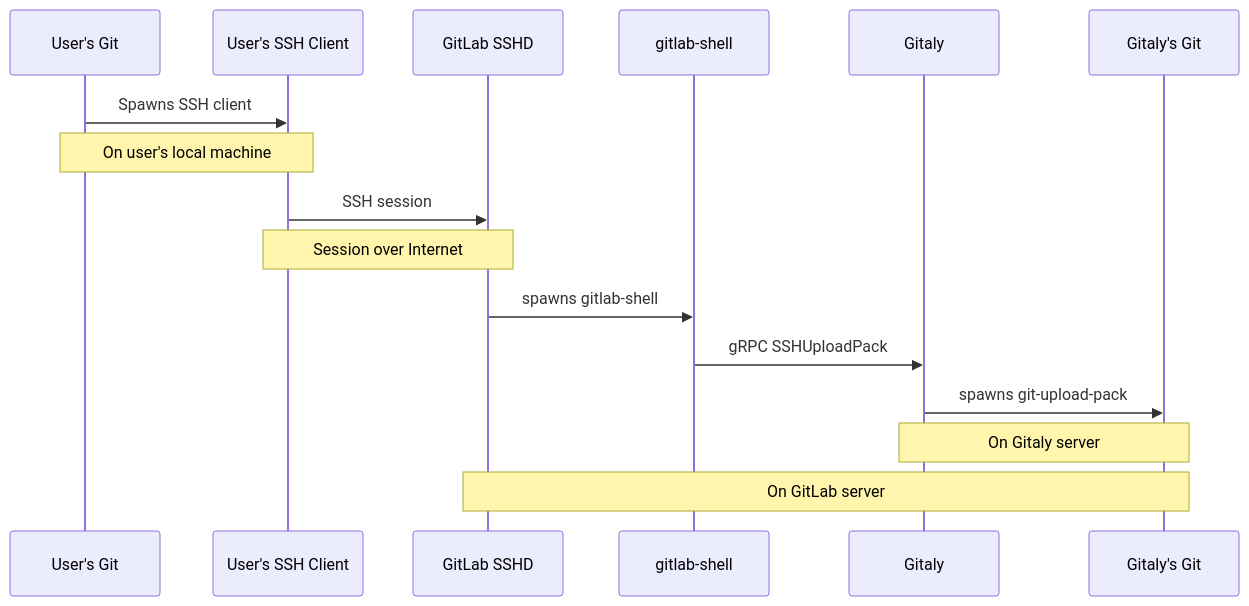
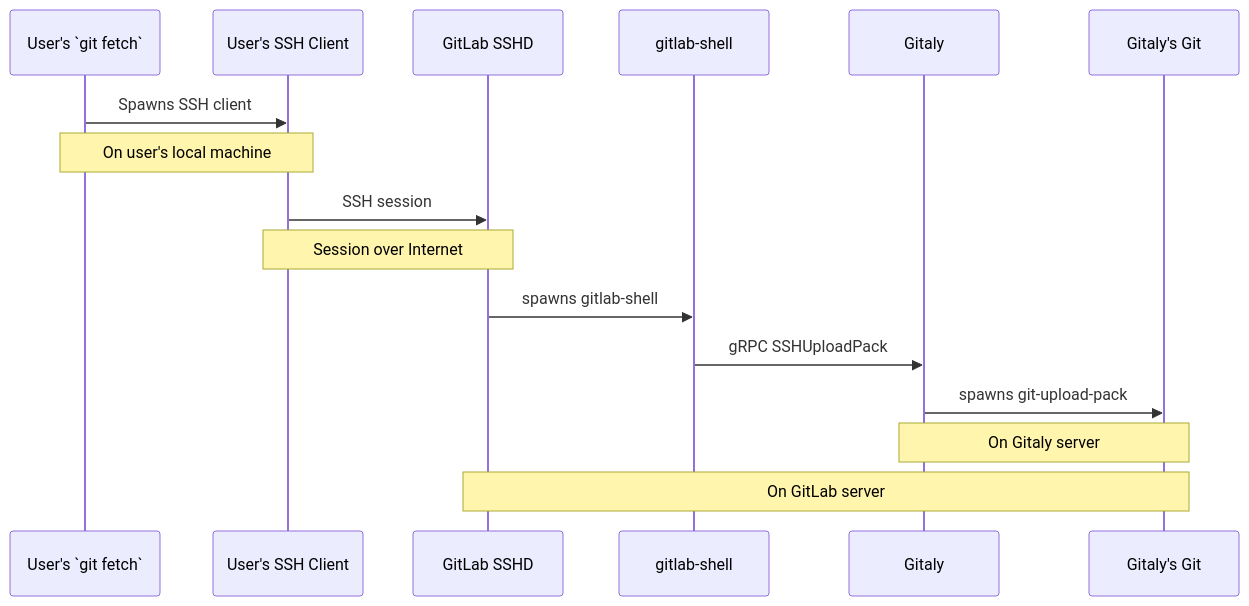
The first of 2 diagrams in cmd/gitaly-ssh/README.md (qeesung/gitaly), drawn with Mermaid before and after one commit.

Commit message:
backticks

````diff
--- a/cmd/gitaly-ssh/README.md
+++ b/cmd/gitaly-ssh/README.md
@@ -14,22 +14,22 @@
 ```mermaid
 sequenceDiagram
-  participant UserGit as User's Git
+  participant UserGit as User's `git fetch`
   participant SSHClient as User's SSH Client
   participant SSHD as GitLab SSHD
   participant GitLabShell as gitlab-shell
   participant GitalyServer as Gitaly
   participant GitalyGit as Gitaly's Git
 
   UserGit ->> SSHClient: Spawns SSH client
   Note over UserGit,SSHClient: On user's local machine
 
   SSHClient ->> SSHD: SSH session
   Note over SSHClient,SSHD: Session over Internet
 
   SSHD ->> GitLabShell: spawns gitlab-shell
   GitLabShell ->> GitalyServer: gRPC SSHUploadPack
   GitalyServer ->> GitalyGit: spawns git-upload-pack
 
   Note over GitalyServer,GitalyGit: On Gitaly server
   Note over SSHD,GitalyGit: On GitLab server
 ```
````
